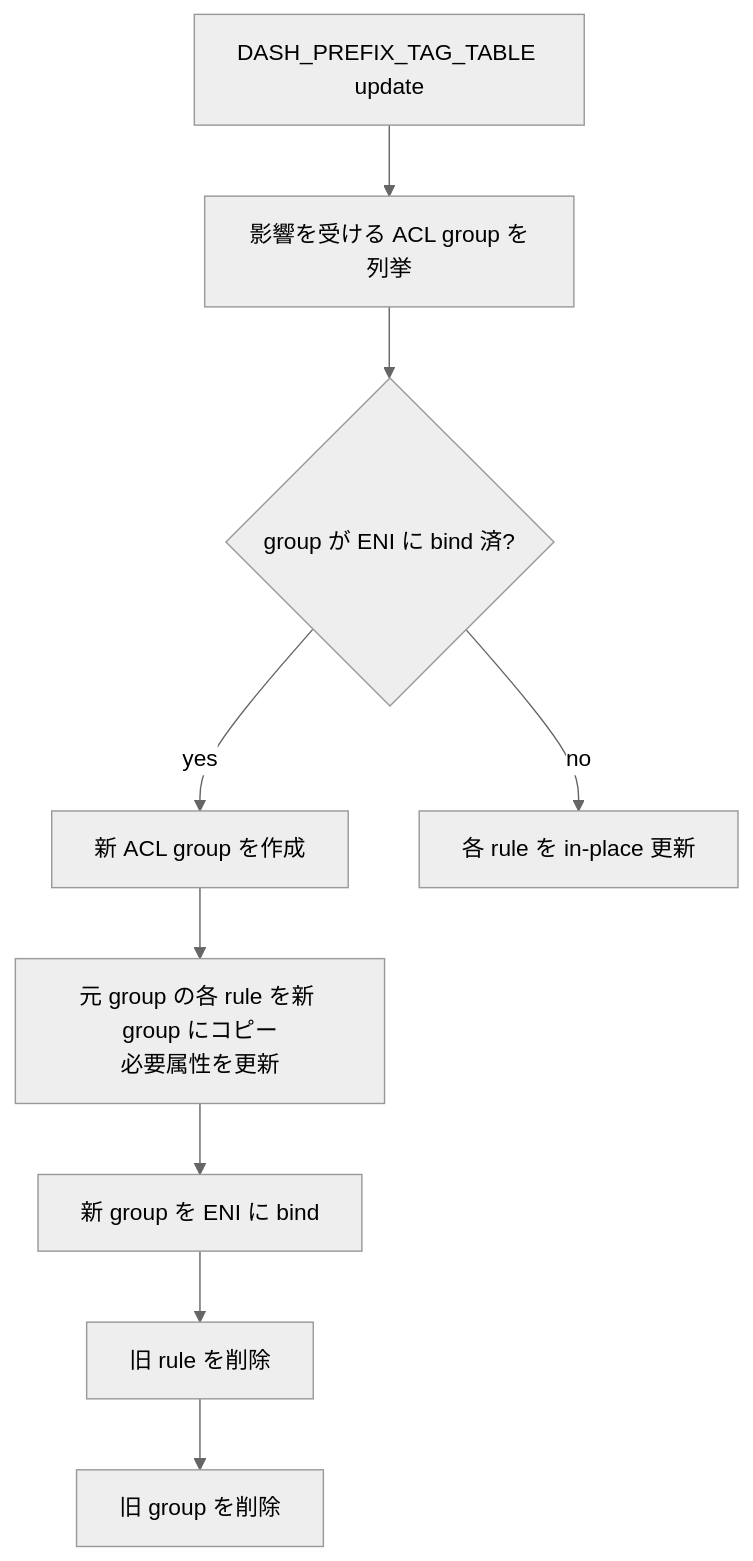
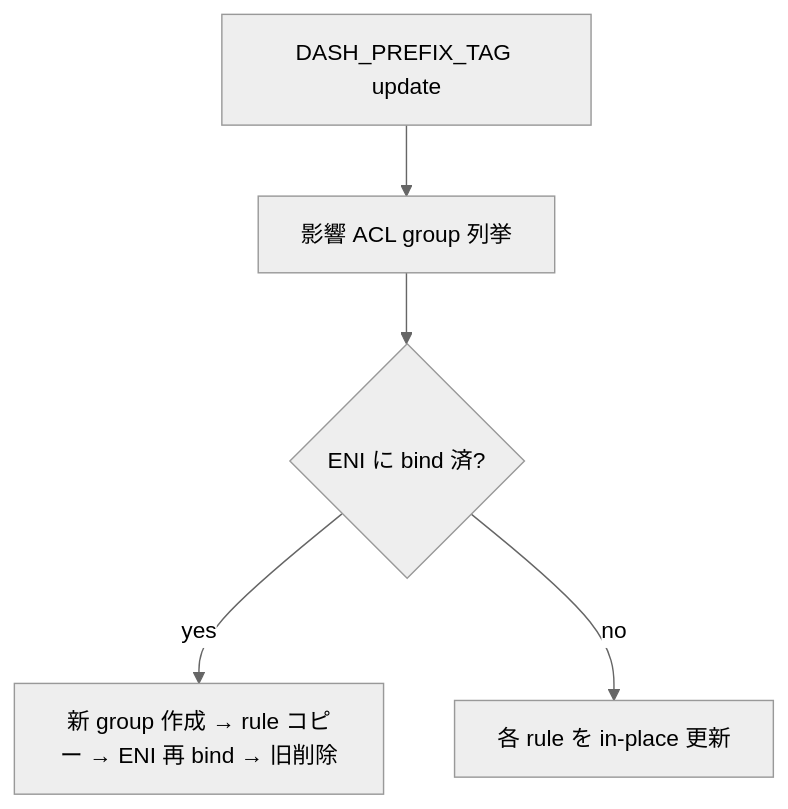
The second of 3 diagrams in docs/acl-qos/dash-acl-tags.md (aoki-taquan/sonic-unofficial-docs), drawn with Mermaid (neutral theme) before and after one commit. The commit also changed other lines of this file and 10 other files, not shown here.

````diff
--- a/docs/acl-qos/dash-acl-tags.md
+++ b/docs/acl-qos/dash-acl-tags.md
@@ -114,11 +92,7 @@
 ```mermaid
 flowchart TD
-    U[DASH_PREFIX_TAG_TABLE update] --> A[影響を受ける ACL group を列挙]
-    A --> B{group が ENI に bind 済?}
-    B -->|yes| NG[新 ACL group を作成]
-    NG --> NR[元 group の各 rule を新 group にコピー<br/>必要属性を更新]
-    NR --> BIND[新 group を ENI に bind]
-    BIND --> RM[旧 rule を削除]
-    RM --> RG[旧 group を削除]
+    U[DASH_PREFIX_TAG update] --> A[影響 ACL group 列挙]
+    A --> B{ENI に bind 済?}
+    B -->|yes| NG[新 group 作成 → rule コピー → ENI 再 bind → 旧削除]
     B -->|no| INL[各 rule を in-place 更新]
 ```
````
